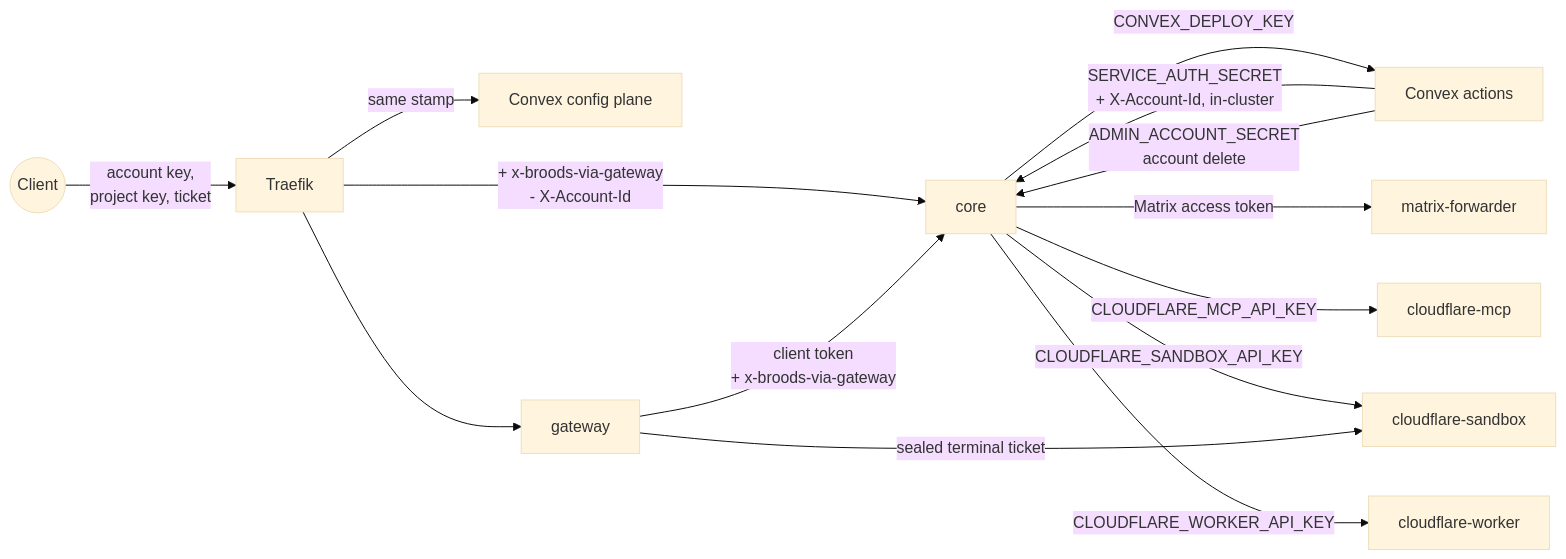
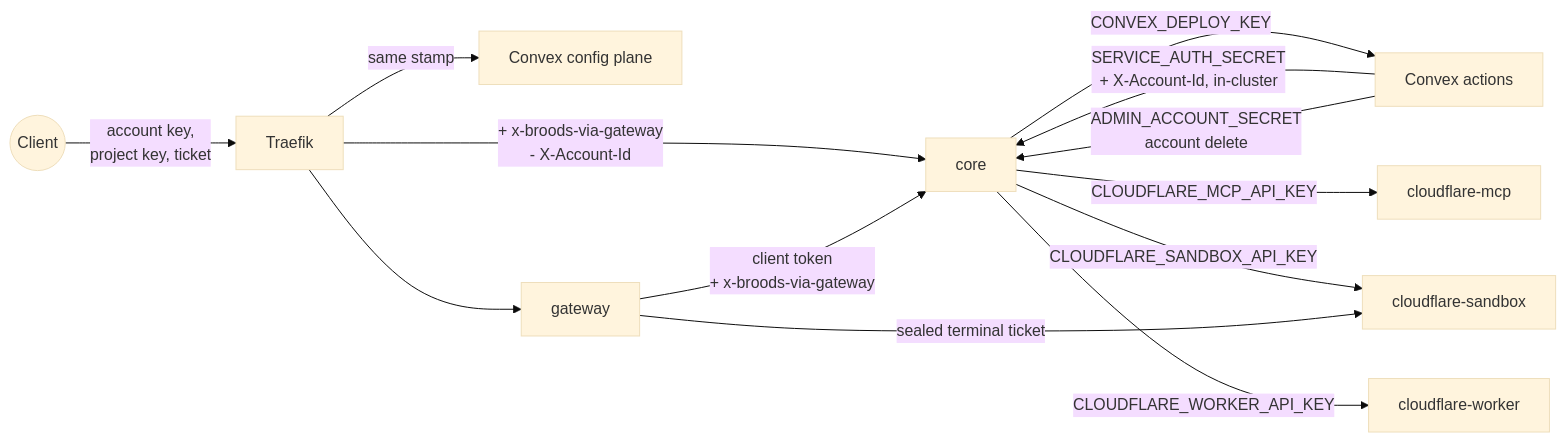
Before and after one commit to beeblastco/broods: the fifth of 8 diagrams in apps/docs/docs/internals/operations.md, drawn with Mermaid (base theme). The commit also changed other lines of this file and 77 other files, not shown here.

First line of the commit message:
chore!: remove the Matrix channel and apps/matrix-forwarder

````diff
--- a/apps/docs/docs/internals/operations.md
+++ b/apps/docs/docs/internals/operations.md
@@ -191,16 +186,15 @@
 ```mermaid
 flowchart LR
   Client((Client)) -->|"account key,<br/>project key, ticket"| Traefik
   Traefik -->|"+ x-broods-via-gateway<br/>- X-Account-Id"| Core[core]
   Traefik -->|same stamp| Site[Convex config plane]
   Traefik --> Gateway[gateway]
   Gateway -->|"client token<br/>+ x-broods-via-gateway"| Core
   Convex[Convex actions] -->|"SERVICE_AUTH_SECRET<br/>+ X-Account-Id, in-cluster"| Core
   Convex -->|"ADMIN_ACCOUNT_SECRET<br/>account delete"| Core
   Core -->|CONVEX_DEPLOY_KEY| Convex
-  Core -->|Matrix access token| MFwd[matrix-forwarder]
   Core -->|CLOUDFLARE_MCP_API_KEY| MCP[cloudflare-mcp]
   Core -->|CLOUDFLARE_SANDBOX_API_KEY| SBX[cloudflare-sandbox]
   Core -->|CLOUDFLARE_WORKER_API_KEY| ISO[cloudflare-worker]
   Gateway -->|sealed terminal ticket| SBX
 ```
````
